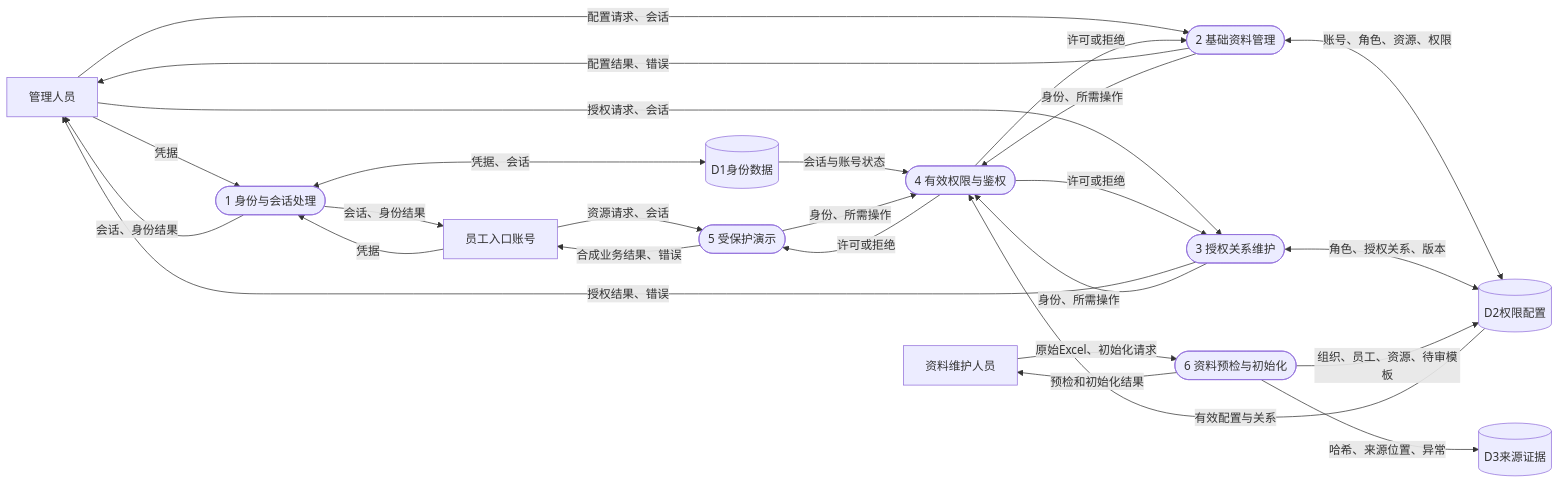
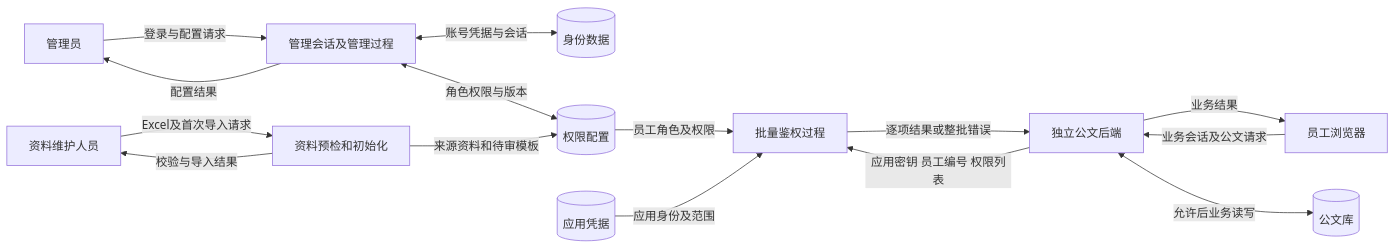
The first of 2 diagrams in docs/开发设计说明.md (eason1125t/ooad-easontry), drawn with Mermaid before and after one commit. The commit also changed other lines of this file and 91 other files, not shown here.

````diff
--- a/docs/开发设计说明.md
+++ b/docs/开发设计说明.md
@@ -21,28 +11,17 @@
 ```mermaid
 flowchart LR
-    A[管理人员] -->|凭据| P1([1 身份与会话处理])
-    E[员工入口账号] -->|凭据| P1
-    P1 -->|会话、身份结果| A
-    P1 -->|会话、身份结果| E
-    P1 <-->|凭据、会话| D1[(D1身份数据)]
-    A -->|配置请求、会话| P2([2 基础资料管理])
-    P2 -->|配置结果、错误| A
-    P2 <-->|账号、角色、资源、权限| D2[(D2权限配置)]
-    A -->|授权请求、会话| P3([3 授权关系维护])
-    P3 -->|授权结果、错误| A
-    P3 <-->|角色、授权关系、版本| D2
-    P2 -->|身份、所需操作| P4([4 有效权限与鉴权])
-    P3 -->|身份、所需操作| P4
-    P4 -->|许可或拒绝| P2
-    P4 -->|许可或拒绝| P3
-    D1 -->|会话与账号状态| P4
-    D2 -->|有效配置与关系| P4
-    E -->|资源请求、会话| P5([5 受保护演示])
-    P5 -->|合成业务结果、错误| E
-    P5 -->|身份、所需操作| P4
-    P4 -->|许可或拒绝| P5
-    M[资料维护人员] -->|原始Excel、初始化请求| P6([6 资料预检与初始化])
-    P6 -->|预检和初始化结果| M
-    P6 -->|组织、员工、资源、待审模板| D2
-    P6 -->|哈希、来源位置、异常| D3[(D3来源证据)]
+    A[管理员] -->|登录与配置请求| P1[管理会话及管理过程]
+    P1 -->|配置结果| A
+    P1 <-->|账号凭据与会话| D1[(身份数据)]
+    P1 <-->|角色权限与版本| D2[(权限配置)]
+    U[员工浏览器] -->|业务会话及公文请求| B[独立公文后端]
+    B -->|业务结果| U
+    B -->|应用密钥 员工编号 权限列表| P2[批量鉴权过程]
+    P2 -->|逐项结果或整批错误| B
+    D2 -->|员工角色及权限| P2
+    D3[(应用凭据)] -->|应用身份及范围| P2
+    B <-->|允许后业务读写| D4[(公文库)]
+    M[资料维护人员] -->|Excel及首次导入请求| P3[资料预检和初始化]
+    P3 -->|校验与导入结果| M
+    P3 -->|来源资料和待审模板| D2
 ```
````
